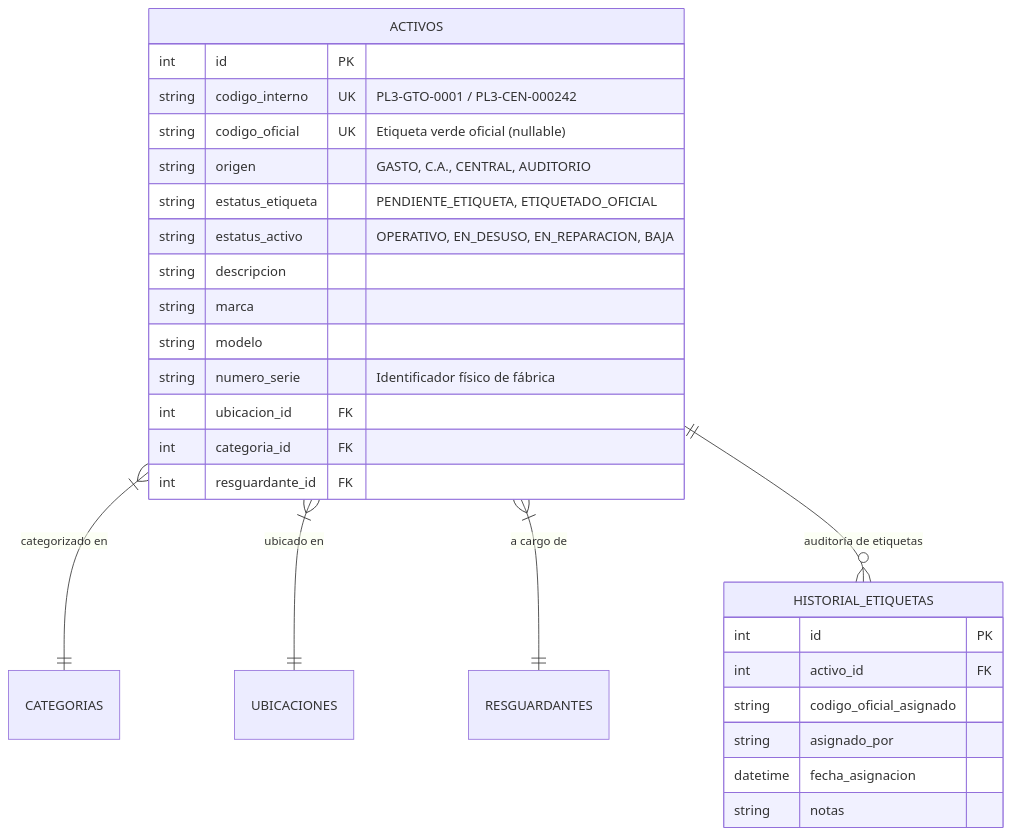
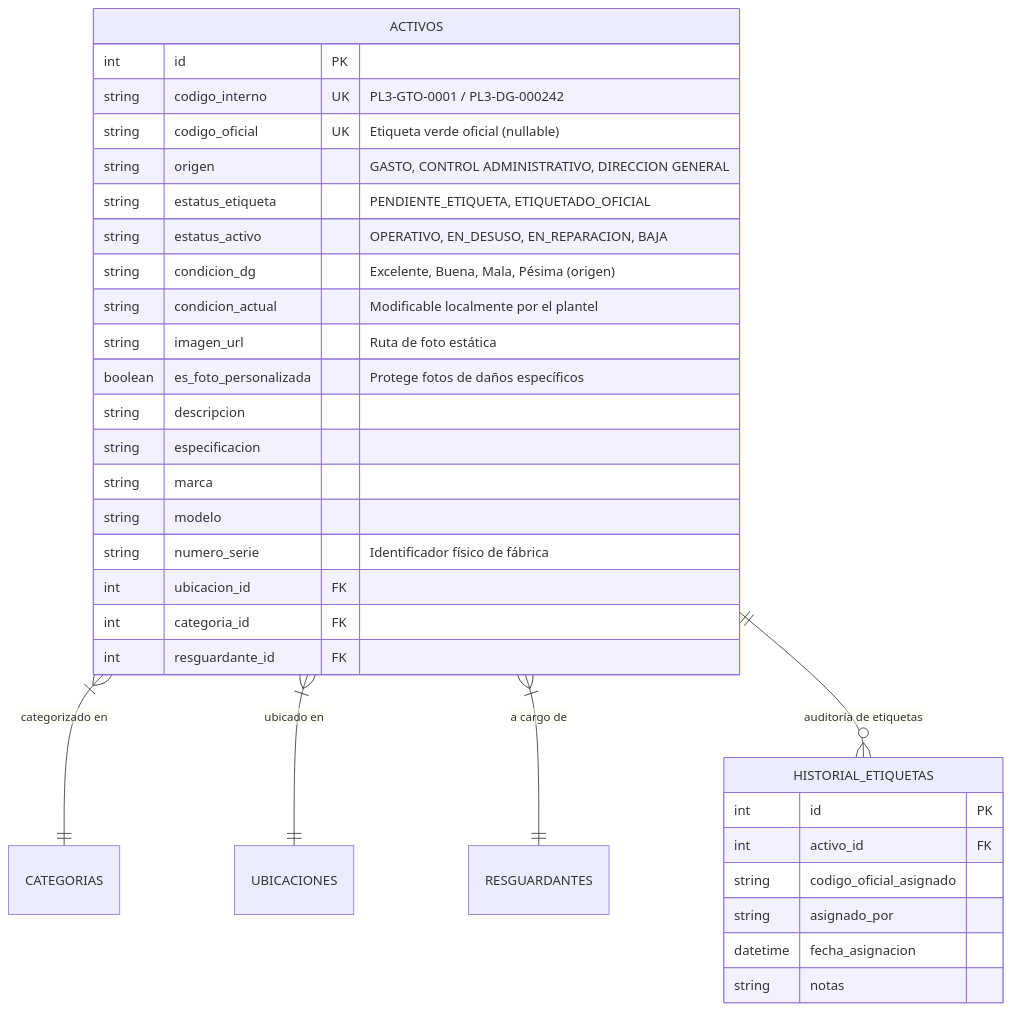
Before and after one commit to bueno-armando/cobach3-bitacora: the diagram in README.md, drawn with Mermaid. The commit also changed other lines of this file and 22 other files, not shown here.

````diff
--- a/README.md
+++ b/README.md
@@ -51,32 +49,37 @@
 ```mermaid
 erDiagram
     ACTIVOS }|--|| CATEGORIAS : "categorizado en"
     ACTIVOS }|--|| UBICACIONES : "ubicado en"
     ACTIVOS }|--|| RESGUARDANTES : "a cargo de"
     ACTIVOS ||--o{ HISTORIAL_ETIQUETAS : "auditoría de etiquetas"
 
     ACTIVOS {
         int id PK
-        string codigo_interno UK "PL3-GTO-0001 / PL3-CEN-000242"
+        string codigo_interno UK "PL3-GTO-0001 / PL3-DG-000242"
         string codigo_oficial UK "Etiqueta verde oficial (nullable)"
-        string origen "GASTO, C.A., CENTRAL, AUDITORIO"
+        string origen "GASTO, CONTROL ADMINISTRATIVO, DIRECCION GENERAL"
         string estatus_etiqueta "PENDIENTE_ETIQUETA, ETIQUETADO_OFICIAL"
         string estatus_activo "OPERATIVO, EN_DESUSO, EN_REPARACION, BAJA"
+        string condicion_dg "Excelente, Buena, Mala, Pésima (origen)"
+        string condicion_actual "Modificable localmente por el plantel"
+        string imagen_url "Ruta de foto estática"
+        boolean es_foto_personalizada "Protege fotos de daños específicos"
         string descripcion
+        string especificacion
         string marca
         string modelo
         string numero_serie "Identificador físico de fábrica"
         int ubicacion_id FK
         int categoria_id FK
         int resguardante_id FK
     }
 
     HISTORIAL_ETIQUETAS {
         int id PK
         int activo_id FK
         string codigo_oficial_asignado
         string asignado_por
         datetime fecha_asignacion
         string notas
     }
 ```
````
